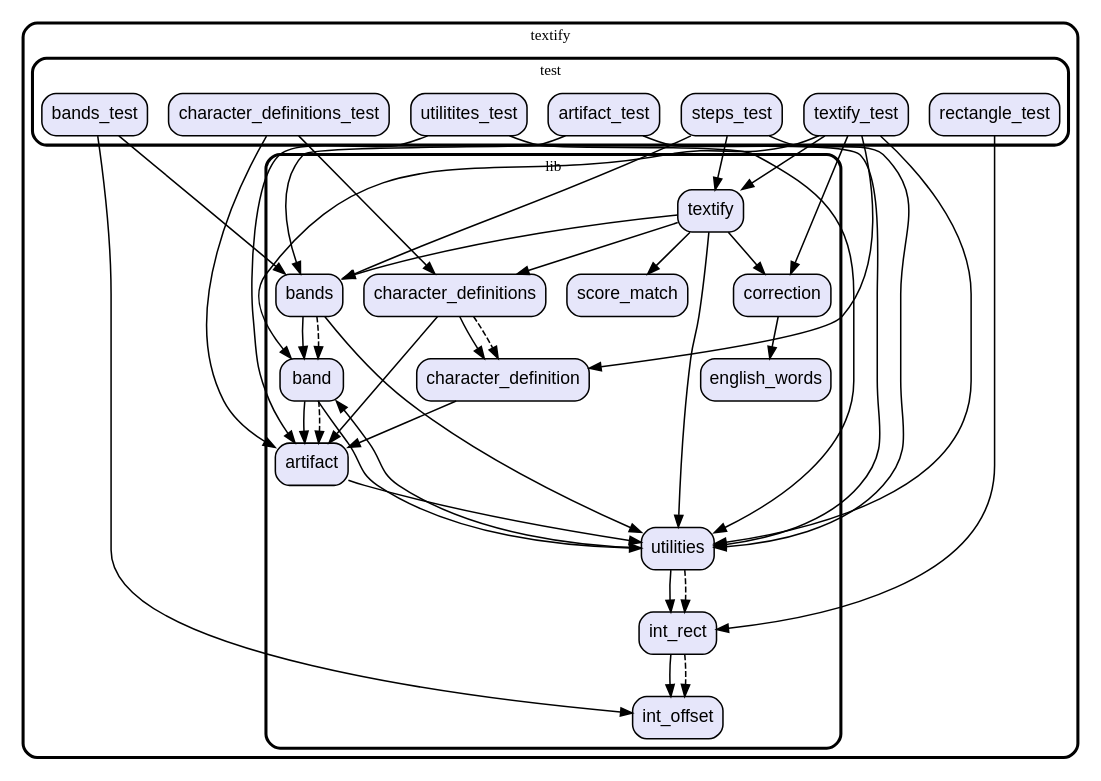
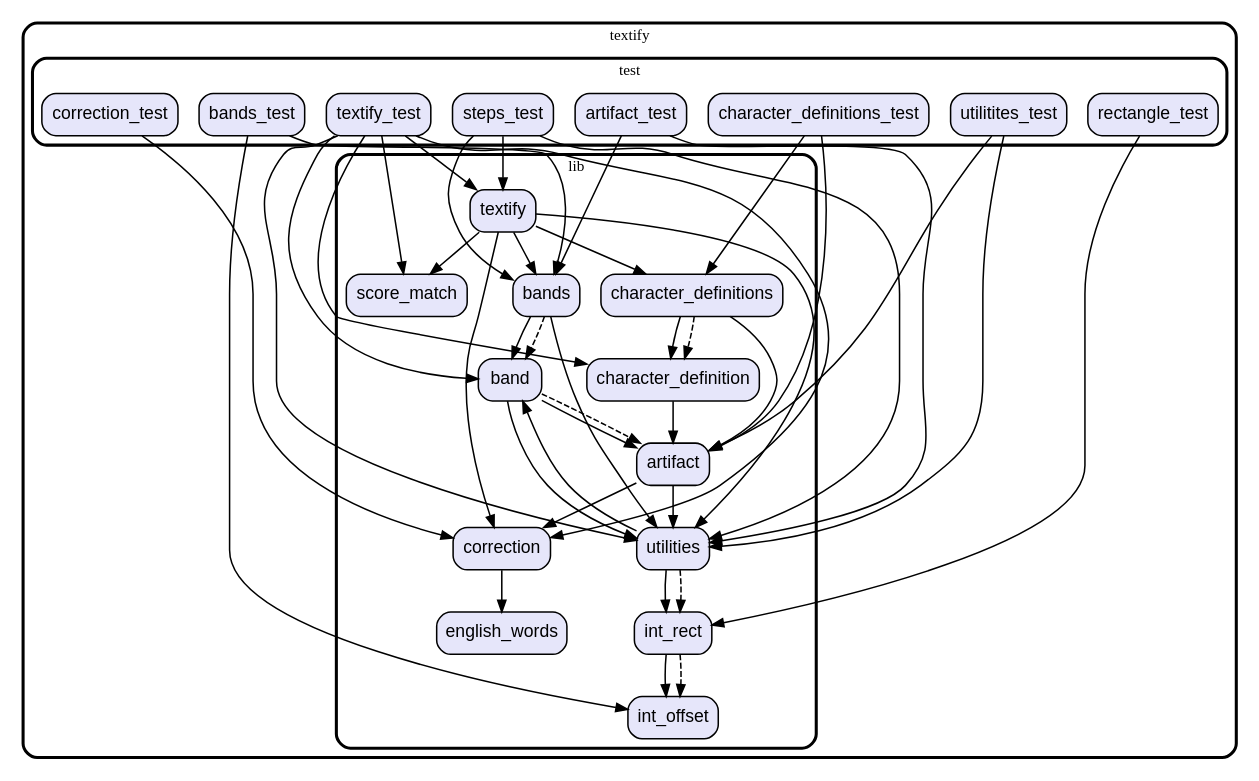
Before and after one commit to vteam-com/TEXTify: the diagram in graph.dot, drawn with Graphviz. The commit also changed 2 other files, not shown here.

```diff
--- a/graph.dot
+++ b/graph.dot
@@ -1,91 +1,96 @@
 digraph "" {
   graph [style=rounded fontname="Arial Black" fontsize=13 penwidth=2.6];
   node [shape=rect style="filled,rounded" fontname=Arial fontsize=15 fillcolor=Lavender penwidth=1.3];
   edge [penwidth=1.3];
   "/test/textify_test.dart" [label="textify_test"];
   "/test/bands_test.dart" [label="bands_test"];
+  "/test/correction_test.dart" [label="correction_test"];
   "/test/rectangle_test.dart" [label="rectangle_test"];
   "/test/artifact_test.dart" [label="artifact_test"];
   "/test/utilitites_test.dart" [label="utilitites_test"];
   "/test/character_definitions_test.dart" [label="character_definitions_test"];
   "/test/steps_test.dart" [label="steps_test"];
   "/lib/band.dart" [label="band"];
   "/lib/artifact.dart" [label="artifact"];
   "/lib/score_match.dart" [label="score_match"];
   "/lib/character_definition.dart" [label="character_definition"];
   "/lib/int_rect.dart" [label="int_rect"];
   "/lib/textify.dart" [label="textify"];
   "/lib/utilities.dart" [label="utilities"];
   "/lib/character_definitions.dart" [label="character_definitions"];
   "/lib/correction.dart" [label="correction"];
   "/lib/english_words.dart" [label="english_words"];
   "/lib/int_offset.dart" [label="int_offset"];
   "/lib/bands.dart" [label="bands"];
   subgraph "cluster~" {
     label="textify";
     subgraph "cluster~/test" {
       label="test";
       "/test/textify_test.dart";
       "/test/bands_test.dart";
+      "/test/correction_test.dart";
       "/test/rectangle_test.dart";
       "/test/artifact_test.dart";
       "/test/utilitites_test.dart";
       "/test/character_definitions_test.dart";
       "/test/steps_test.dart";
     }
     subgraph "cluster~/lib" {
       label="lib";
       "/lib/band.dart";
       "/lib/artifact.dart";
       "/lib/score_match.dart";
       "/lib/character_definition.dart";
       "/lib/int_rect.dart";
       "/lib/textify.dart";
       "/lib/utilities.dart";
       "/lib/character_definitions.dart";
       "/lib/correction.dart";
       "/lib/english_words.dart";
       "/lib/int_offset.dart";
       "/lib/bands.dart";
     }
   }
   "/test/textify_test.dart" -> "/lib/band.dart";
   "/test/textify_test.dart" -> "/lib/character_definition.dart";
   "/test/textify_test.dart" -> "/lib/correction.dart";
+  "/test/textify_test.dart" -> "/lib/score_match.dart";
   "/test/textify_test.dart" -> "/lib/textify.dart";
   "/test/textify_test.dart" -> "/lib/utilities.dart";
   "/test/bands_test.dart" -> "/lib/bands.dart";
   "/test/bands_test.dart" -> "/lib/int_offset.dart";
+  "/test/correction_test.dart" -> "/lib/correction.dart";
   "/test/rectangle_test.dart" -> "/lib/int_rect.dart";
   "/test/artifact_test.dart" -> "/lib/bands.dart";
   "/test/artifact_test.dart" -> "/lib/utilities.dart";
   "/test/utilitites_test.dart" -> "/lib/artifact.dart";
   "/test/utilitites_test.dart" -> "/lib/utilities.dart";
   "/test/character_definitions_test.dart" -> "/lib/artifact.dart";
   "/test/character_definitions_test.dart" -> "/lib/character_definitions.dart";
   "/test/steps_test.dart" -> "/lib/bands.dart";
   "/test/steps_test.dart" -> "/lib/textify.dart";
   "/test/steps_test.dart" -> "/lib/utilities.dart";
   "/lib/band.dart" -> "/lib/artifact.dart";
   "/lib/band.dart" -> "/lib/utilities.dart";
   "/lib/band.dart" -> "/lib/artifact.dart" [style=dashed];
+  "/lib/artifact.dart" -> "/lib/correction.dart";
   "/lib/artifact.dart" -> "/lib/utilities.dart";
   "/lib/character_definition.dart" -> "/lib/artifact.dart";
   "/lib/int_rect.dart" -> "/lib/int_offset.dart";
   "/lib/int_rect.dart" -> "/lib/int_offset.dart" [style=dashed];
   "/lib/textify.dart" -> "/lib/bands.dart";
   "/lib/textify.dart" -> "/lib/character_definitions.dart";
   "/lib/textify.dart" -> "/lib/correction.dart";
   "/lib/textify.dart" -> "/lib/score_match.dart";
   "/lib/textify.dart" -> "/lib/utilities.dart";
   "/lib/utilities.dart" -> "/lib/band.dart";
   "/lib/utilities.dart" -> "/lib/int_rect.dart";
   "/lib/utilities.dart" -> "/lib/int_rect.dart" [style=dashed];
   "/lib/character_definitions.dart" -> "/lib/artifact.dart";
   "/lib/character_definitions.dart" -> "/lib/character_definition.dart";
   "/lib/character_definitions.dart" -> "/lib/character_definition.dart" [style=dashed];
   "/lib/correction.dart" -> "/lib/english_words.dart";
   "/lib/bands.dart" -> "/lib/band.dart";
   "/lib/bands.dart" -> "/lib/utilities.dart";
   "/lib/bands.dart" -> "/lib/band.dart" [style=dashed];
 }
```
